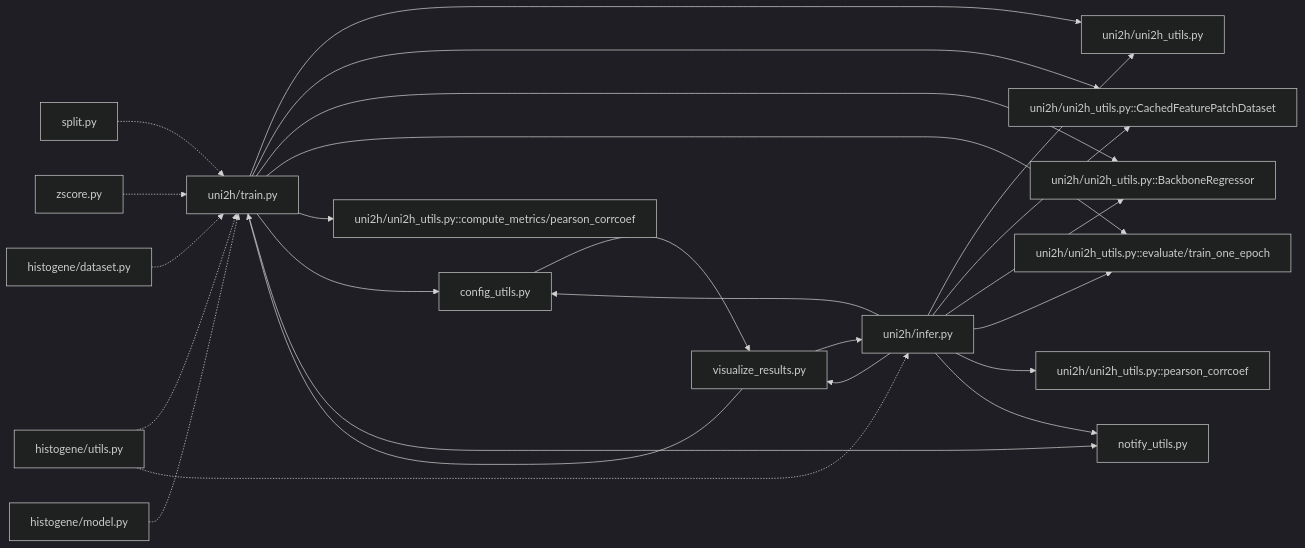
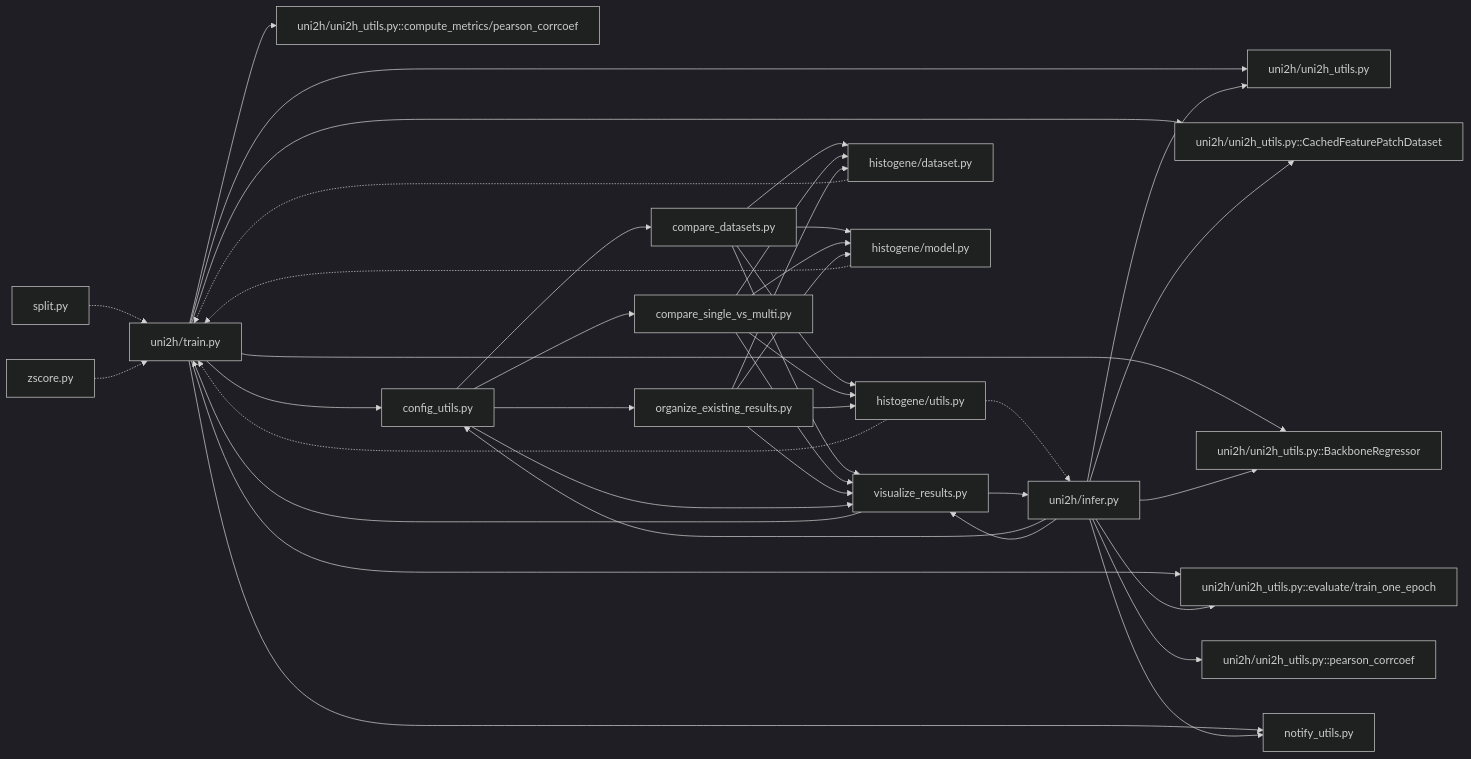
One commit to qzs610038-star/AI-esophagus-cancer-basedon-HF-HT changed the ninth of 9 diagrams in .qoder/repowiki/zh/content/工具函数库.md. Above: the diagram before and after it, drawn with Mermaid (dark theme). The commit also changed other lines of this file and 146 other files, not shown here.

````diff
--- a/.qoder/repowiki/zh/content/工具函数库.md
+++ b/.qoder/repowiki/zh/content/工具函数库.md
@@ -556,27 +719,42 @@
 ```mermaid
 graph LR
 SP["split.py"] -.-> TR["uni2h/train.py"]
 ZS["zscore.py"] -.-> TR
 TR --> UT["uni2h/uni2h_utils.py"]
 TR --> DS["uni2h/uni2h_utils.py::CachedFeaturePatchDataset"]
 TR --> BR["uni2h/uni2h_utils.py::BackboneRegressor"]
 TR --> EV["uni2h/uni2h_utils.py::evaluate/train_one_epoch"]
 TR --> CM["uni2h/uni2h_utils.py::compute_metrics/pearson_corrcoef"]
 TR --> CU["config_utils.py"]
 TR --> NU["notify_utils.py"]
 IN["uni2h/infer.py"] --> UT
 IN --> DS
 IN --> BR
 IN --> EV
 IN --> PC["uni2h/uni2h_utils.py::pearson_corrcoef"]
 IN --> CU
 IN --> NU
 IN --> VR["visualize_results.py"]
 HU["histogene/utils.py"] -.-> TR
 HU -.-> IN
 HD["histogene/dataset.py"] -.-> TR
 HM["histogene/model.py"] -.-> TR
+CD["compare_datasets.py"] --> VR
+CD --> HU
+CD --> HD
+CD --> HM
+CS["compare_single_vs_multi.py"] --> VR
+CS --> HU
+CS --> HD
+CS --> HM
+OR["organize_existing_results.py"] --> VR
+OR --> HU
+OR --> HD
+OR --> HM
 CU --> VR
+CU --> CD
+CU --> CS
+CU --> OR
 VR --> TR
 VR --> IN
 ```
````
